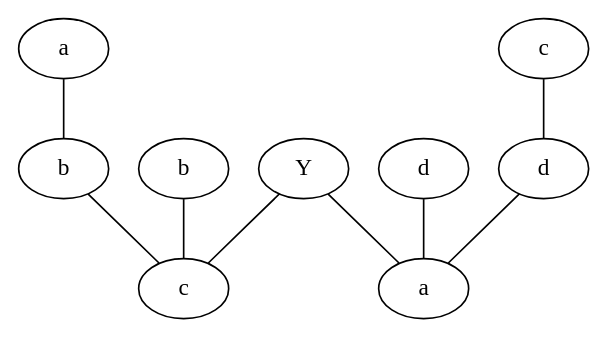
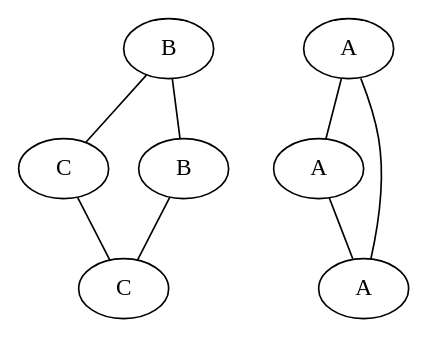
One commit to peep-hole/TiAG-Project changed the diagram in Epoch2.gv. Above: the diagram before and after it, drawn with Graphviz. The commit also changed 34 other files, not shown here.

```diff
--- a/Epoch2.gv
+++ b/Epoch2.gv
@@ -1,19 +1,16 @@
 strict graph G {
-  1 [ label="a" ];
-  2 [ label="b" ];
-  3 [ label="c" ];
-  4 [ label="d" ];
-  5 [ label="b" ];
-  6 [ label="d" ];
-  0 [ label="Y" ];
-  7 [ label="a" ];
-  8 [ label="c" ];
-  1 -- 5;
-  3 -- 6;
-  0 -- 7;
-  0 -- 8;
-  5 -- 8;
-  6 -- 7;
-  2 -- 8;
-  4 -- 7;
+  1 [ label="B" ];
+  2 [ label="C" ];
+  3 [ label="B" ];
+  4 [ label="C" ];
+  0 [ label="A" ];
+  5 [ label="A" ];
+  6 [ label="A" ];
+  1 -- 2;
+  3 -- 4;
+  1 -- 3;
+  2 -- 4;
+  0 -- 5;
+  5 -- 6;
+  6 -- 0;
 }
```
